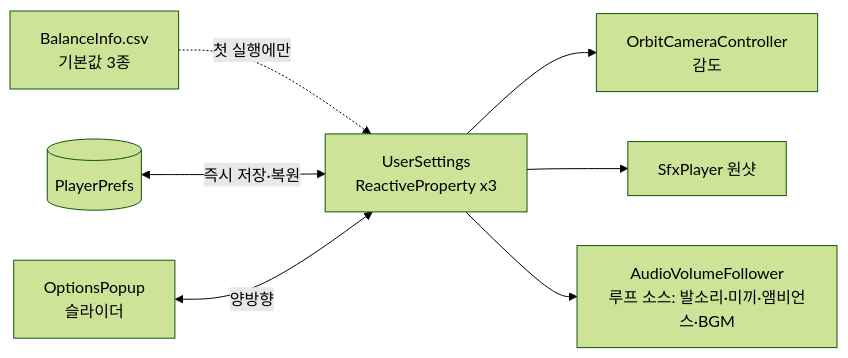
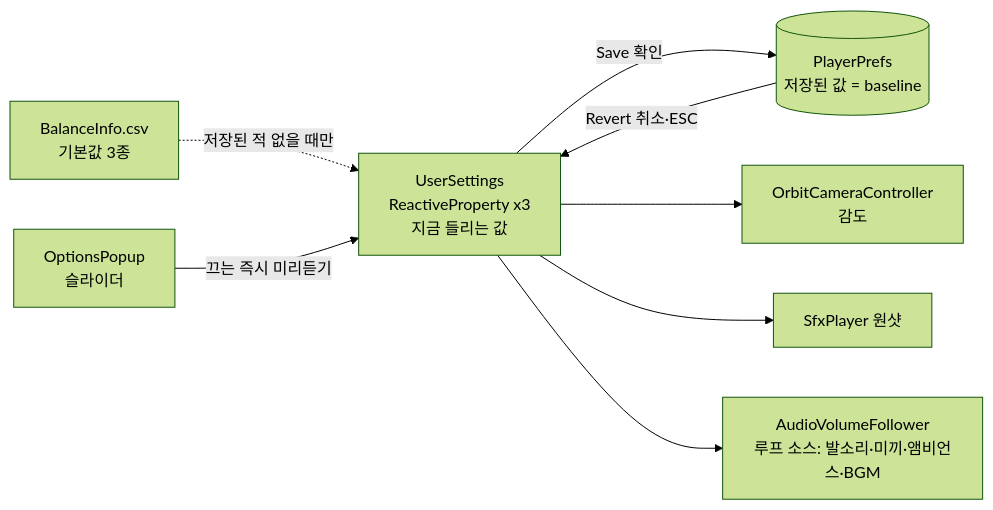
One commit to JeahanPark/The-Cheese-Thief-and-the-Cat changed diagram 11 of 13 in CTC/docs/design-vault/코드 다이어그램.md. Above: the diagram before and after it, drawn with Mermaid (forest theme). The commit also changed other lines of this file and 7 other files, not shown here.

````diff
--- a/CTC/docs/design-vault/코드 다이어그램.md
+++ b/CTC/docs/design-vault/코드 다이어그램.md
@@ -353,9 +353,10 @@
 ```mermaid
 flowchart LR
-    CSVd[BalanceInfo.csv<br/>기본값 3종] -.첫 실행에만.-> US
-    Prefs[(PlayerPrefs)] <-->|즉시 저장·복원| US[UserSettings<br/>ReactiveProperty x3]
-    OP[OptionsPopup<br/>슬라이더] <-->|양방향| US
+    CSVd[BalanceInfo.csv<br/>기본값 3종] -.저장된 적 없을 때만.-> US
+    Prefs[(PlayerPrefs<br/>저장된 값 = baseline)] -->|Revert 취소·ESC| US[UserSettings<br/>ReactiveProperty x3<br/>지금 들리는 값]
+    US -->|Save 확인| Prefs
+    OP[OptionsPopup<br/>슬라이더] -->|끄는 즉시 미리듣기| US
     US --> Cam[OrbitCameraController<br/>감도]
     US --> Sfx[SfxPlayer 원샷]
     US --> Foll[AudioVolumeFollower<br/>루프 소스: 발소리·미끼·앰비언스·BGM]
 ```
````
